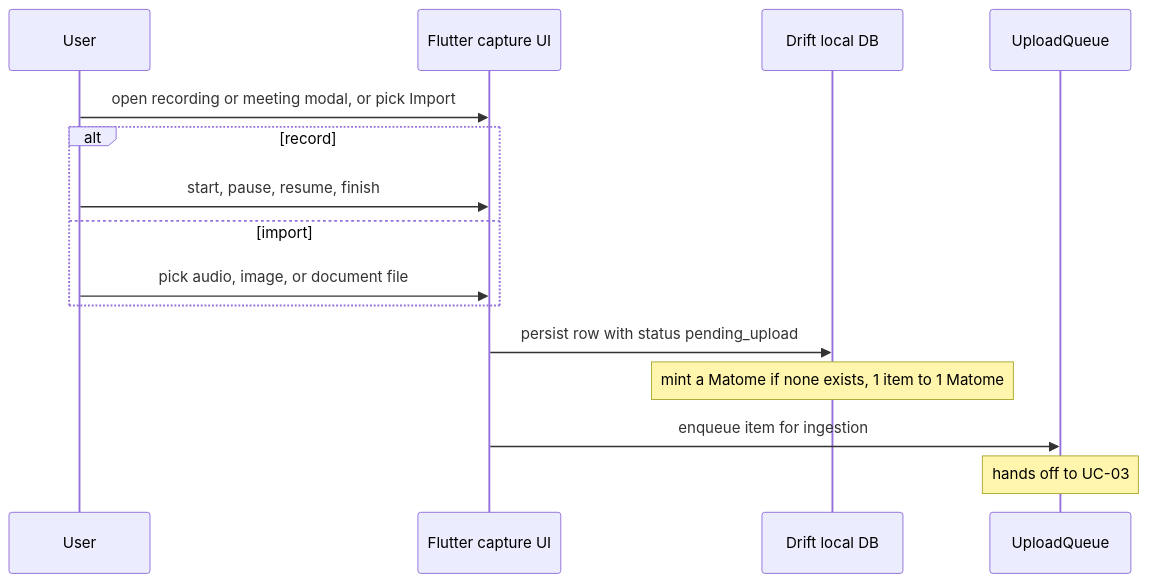
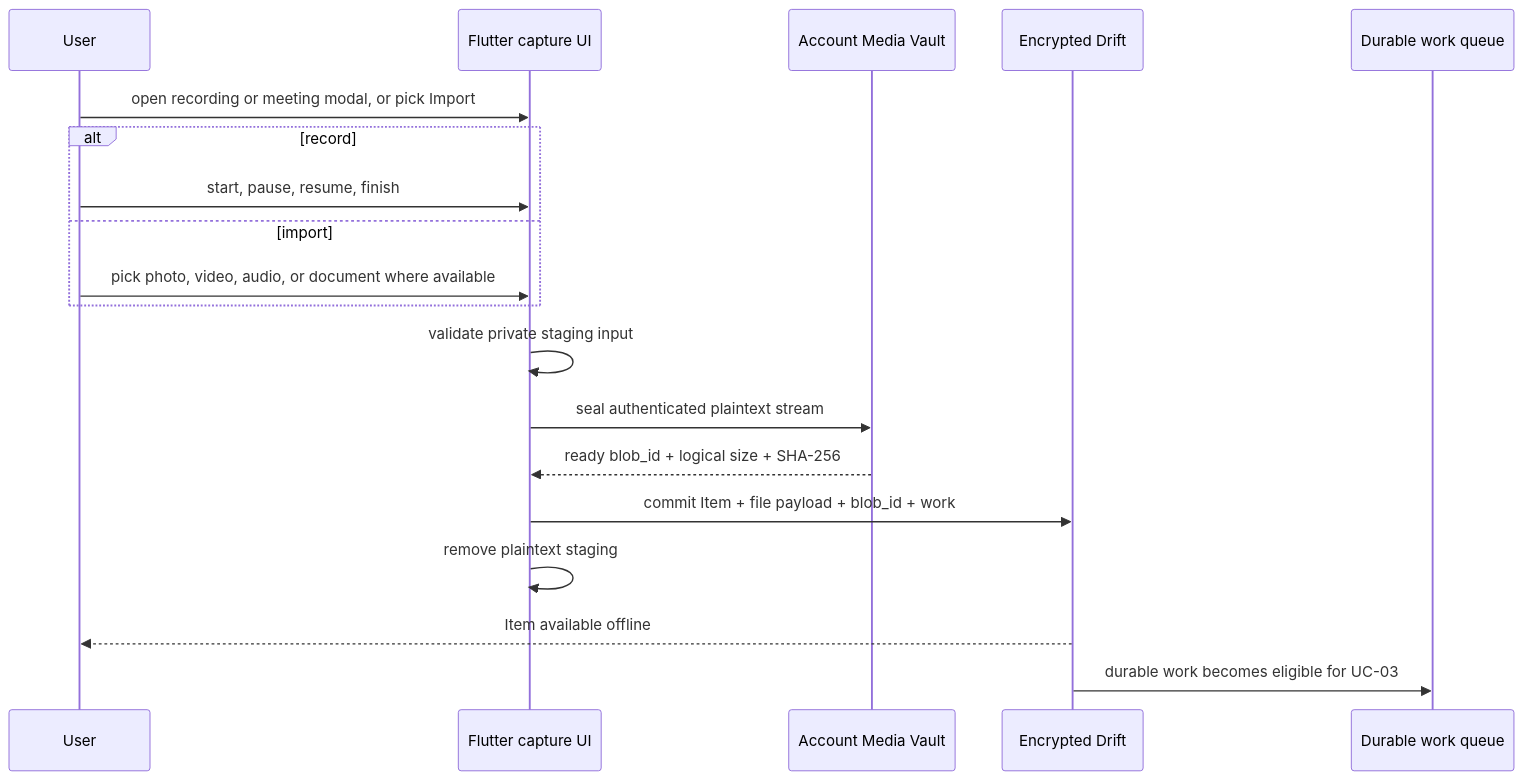
Before and after one commit to matome-org/matome-app: the diagram in .docs/use-cases/uc-02-capture-media.md, drawn with Mermaid. The commit also changed other lines of this file and 17 other files, not shown here.

````diff
--- a/.docs/use-cases/uc-02-capture-media.md
+++ b/.docs/use-cases/uc-02-capture-media.md
@@ -45,17 +73,21 @@
 ```mermaid
 sequenceDiagram
   participant U as User
   participant UI as Flutter capture UI
-  participant DB as Drift local DB
-  participant Q as UploadQueue
+  participant V as Account Media Vault
+  participant DB as Encrypted Drift
+  participant Q as Durable work queue
   U->>UI: open recording or meeting modal, or pick Import
   alt record
     U->>UI: start, pause, resume, finish
   else import
-    U->>UI: pick audio, image, or document file
+    U->>UI: pick photo, video, audio, or document where available
   end
-  UI->>DB: persist row with status pending_upload
-  Note over DB: mint a Matome if none exists, 1 item to 1 Matome
-  UI->>Q: enqueue item for ingestion
-  Note over Q: hands off to UC-03
+  UI->>UI: validate private staging input
+  UI->>V: seal authenticated plaintext stream
+  V-->>UI: ready blob_id + logical size + SHA-256
+  UI->>DB: commit Item + file payload + blob_id + work
+  UI->>UI: remove plaintext staging
+  DB-->>U: Item available offline
+  DB->>Q: durable work becomes eligible for UC-03
 ```
````
